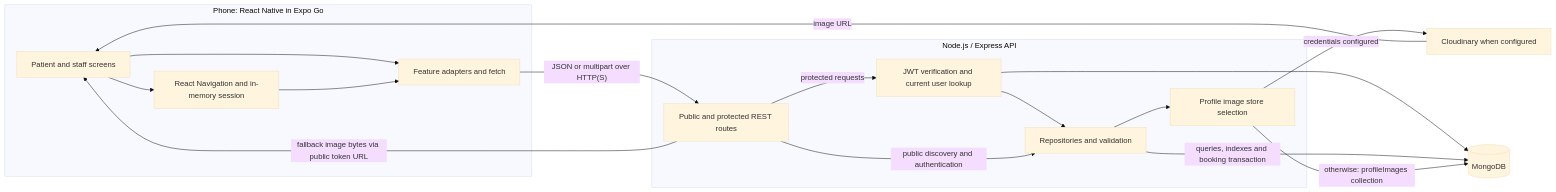
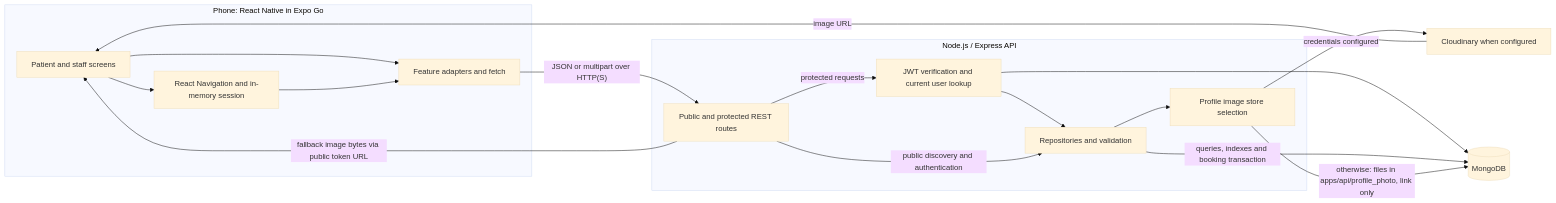
One commit to Queue-Care/QueueCare changed the first of 2 diagrams in docs/milestone03/ARCHITECTURE.md. Above: the diagram before and after it, drawn with Mermaid (base theme). The commit also changed other lines of this file and 18 other files, not shown here.

````diff
--- a/docs/milestone03/ARCHITECTURE.md
+++ b/docs/milestone03/ARCHITECTURE.md
@@ -7,30 +7,30 @@
 ```mermaid
 flowchart LR
   subgraph Phone["Phone: React Native in Expo Go"]
     UI["Patient and staff screens"]
     NAV["React Navigation and in-memory session"]
     CLIENT["Feature adapters and fetch"]
     UI --> NAV
     UI --> CLIENT
     NAV --> CLIENT
   end
   subgraph API["Node.js / Express API"]
     ROUTES["Public and protected REST routes"]
     AUTH["JWT verification and current user lookup"]
     REPOS["Repositories and validation"]
     MEDIA["Profile image store selection"]
     ROUTES -->|"protected requests"| AUTH
     AUTH --> REPOS
     ROUTES -->|"public discovery and authentication"| REPOS
     REPOS --> MEDIA
   end
   DB[("MongoDB")]
   CLOUD["Cloudinary when configured"]
   CLIENT -->|"JSON or multipart over HTTP(S)"| ROUTES
   AUTH --> DB
   REPOS -->|"queries, indexes and booking transaction"| DB
   MEDIA -->|"credentials configured"| CLOUD
-  MEDIA -->|"otherwise: profileImages collection"| DB
+  MEDIA -->|"otherwise: files in apps/api/profile_photo, link only"| DB
   CLOUD -->|"image URL"| UI
   ROUTES -->|"fallback image bytes via public token URL"| UI
 ```
````
